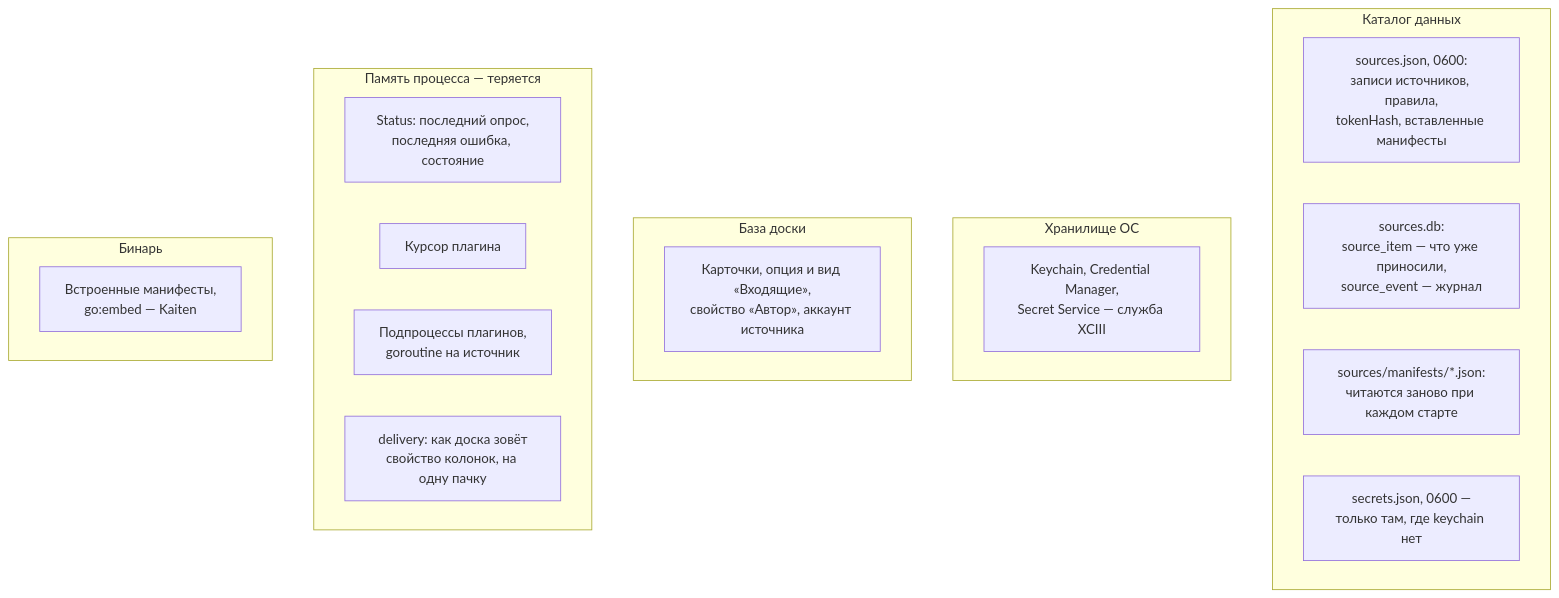
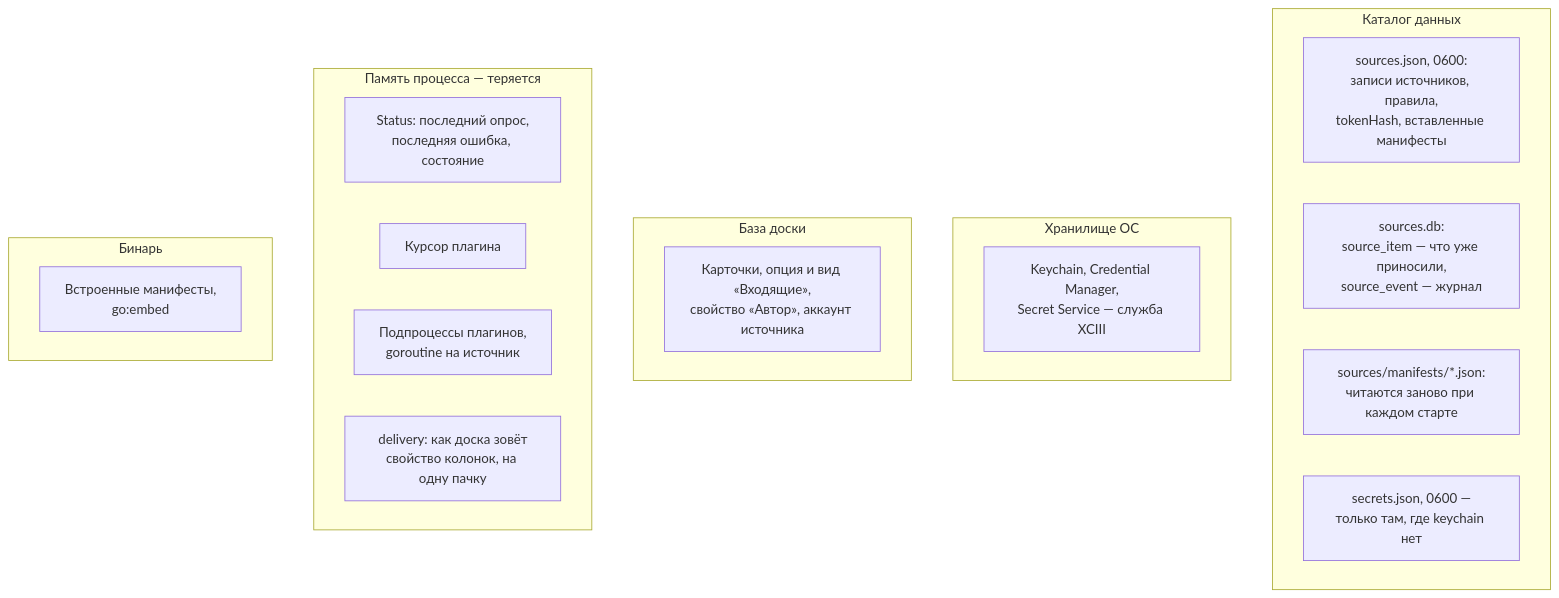
One commit to artipop/pourquoipas changed the tenth of 10 diagrams in docs/sources.md. Above: the diagram before and after it, drawn with Mermaid. The commit also changed other lines of this file and 13 other files, not shown here.

````diff
--- a/docs/sources.md
+++ b/docs/sources.md
@@ -1140,24 +1138,24 @@
 ```mermaid
 flowchart TB
     subgraph disk["Каталог данных"]
         CFG["sources.json, 0600:<br/>записи источников, правила,<br/>tokenHash, вставленные манифесты"]
         DB["sources.db:<br/>source_item — что уже приносили,<br/>source_event — журнал"]
         MAN["sources/manifests/*.json:<br/>читаются заново при каждом старте"]
         FS["secrets.json, 0600 —<br/>только там, где keychain нет"]
     end
     subgraph os["Хранилище ОС"]
         KC["Keychain, Credential Manager,<br/>Secret Service — служба XCIII"]
     end
     subgraph brd["База доски"]
         B["Карточки, опция и вид «Входящие»,<br/>свойство «Автор», аккаунт источника"]
     end
     subgraph mem["Память процесса — теряется"]
         ST["Status: последний опрос,<br/>последняя ошибка, состояние"]
         CU["Курсор плагина"]
         PR["Подпроцессы плагинов,<br/>goroutine на источник"]
         DL["delivery: как доска зовёт<br/>свойство колонок, на одну пачку"]
     end
     subgraph bin["Бинарь"]
-        EM["Встроенные манифесты,<br/>go:embed — Kaiten"]
+        EM["Встроенные манифесты,<br/>go:embed"]
     end
 ```
````
